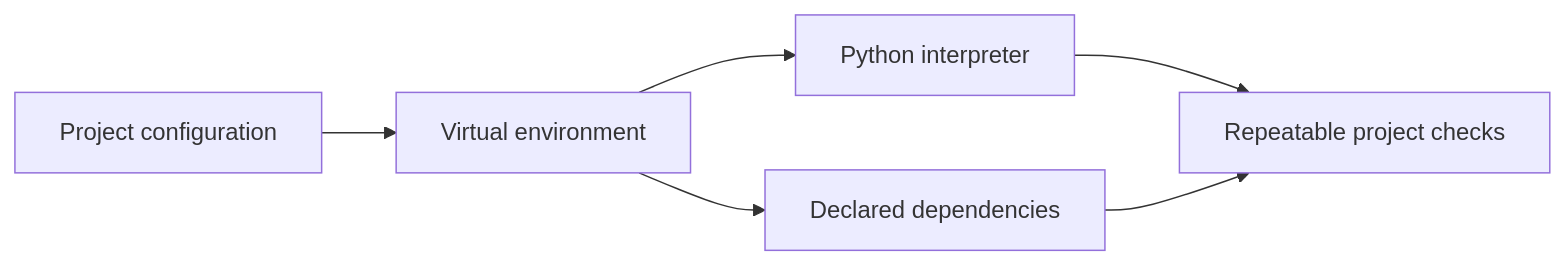
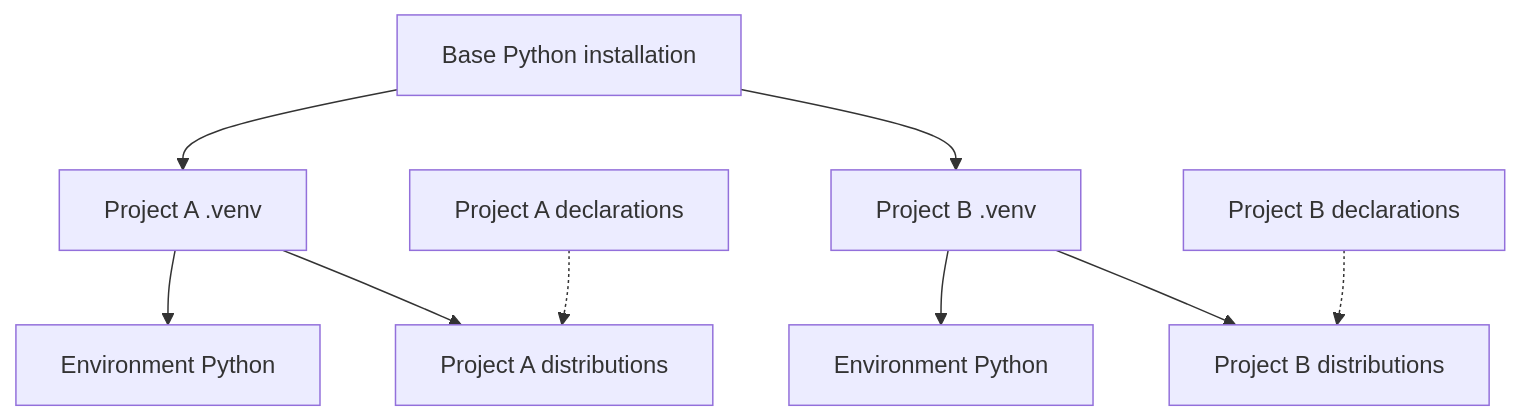
One commit to freecampus/python changed the diagram in docs/courses/python-foundations/units/modules-environments-projects/virtual-environments-dependencies.qmd. Above: the diagram before and after it, drawn with Mermaid. The commit also changed other lines of this file and 15 other files, not shown here.

````diff
--- a/docs/courses/python-foundations/units/modules-environments-projects/virtual-environments-dependencies.qmd
+++ b/docs/courses/python-foundations/units/modules-environments-projects/virtual-environments-dependencies.qmd
@@ -39,10 +54,13 @@
 ```{mermaid}
 %%| echo: false
 %%| eval: true
-flowchart LR
-  project["Project configuration"] --> environment["Virtual environment"]
-  environment --> python["Python interpreter"]
-  environment --> dependencies["Declared dependencies"]
-  python --> checks["Repeatable project checks"]
-  dependencies --> checks
+flowchart TD
+  base["Base Python installation"] --> envA["Project A .venv"]
+  base --> envB["Project B .venv"]
+  envA --> pythonA["Environment Python"]
+  envA --> packagesA["Project A distributions"]
+  envB --> pythonB["Environment Python"]
+  envB --> packagesB["Project B distributions"]
+  configA["Project A declarations"] -.-> packagesA
+  configB["Project B declarations"] -.-> packagesB
 ```
````
